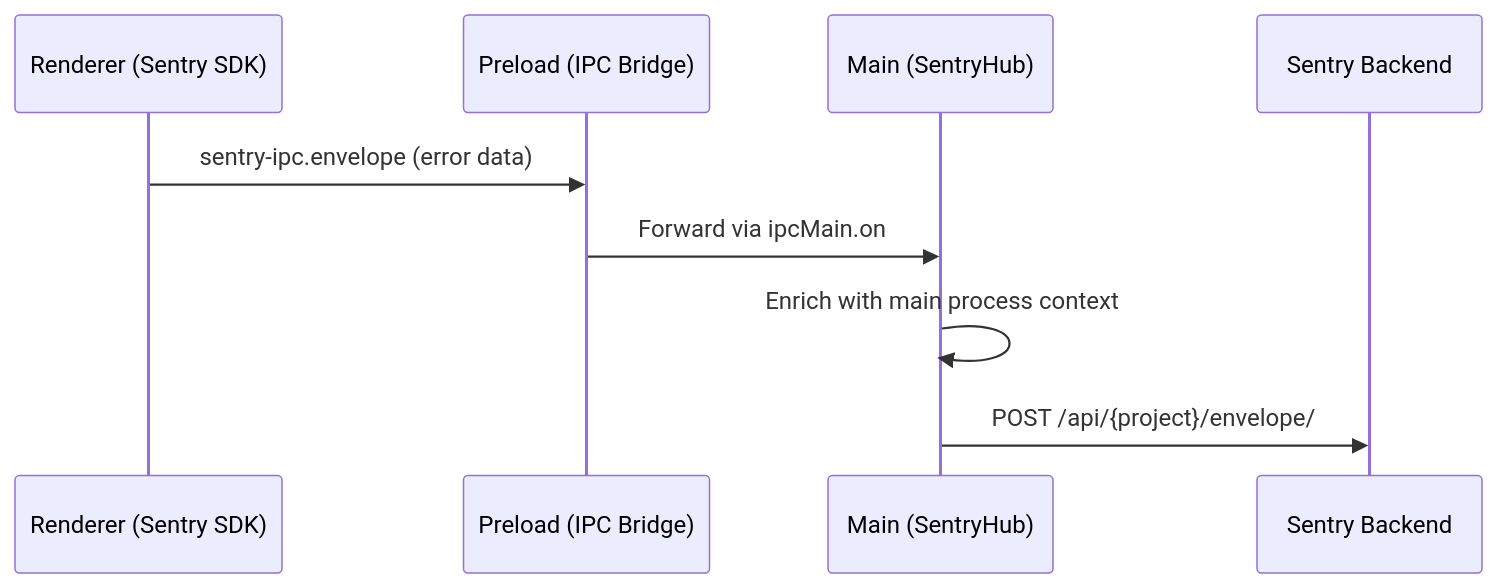
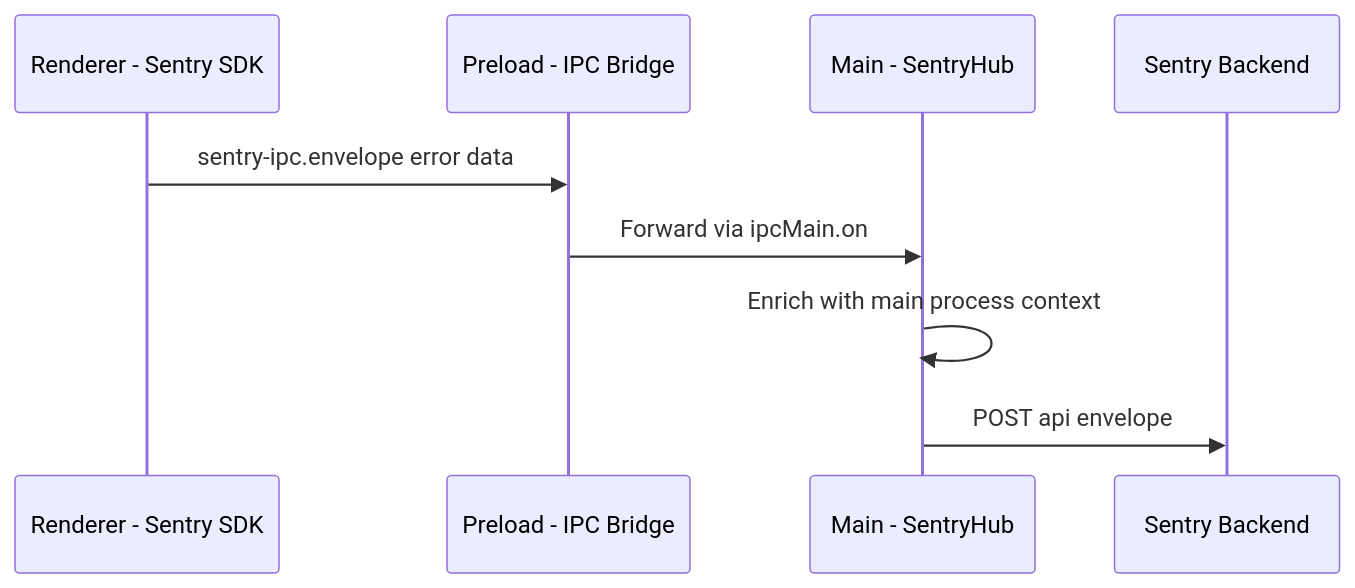
Before and after one commit to ChrisFeldmeier/codex-research: the second of 3 diagrams in 15-telemetry-observability.md, drawn with Mermaid. The commit also changed other lines of this file and 10 other files, not shown here.

Commit message:
Refactor mermaid diagrams for improved clarity and consistency in label descriptions across various documentation files

````diff
--- a/15-telemetry-observability.md
+++ b/15-telemetry-observability.md
@@ -61,12 +61,12 @@
 ```mermaid
 sequenceDiagram
-    participant R as Renderer (Sentry SDK)
-    participant P as Preload (IPC Bridge)
-    participant M as Main (SentryHub)
+    participant R as Renderer - Sentry SDK
+    participant P as Preload - IPC Bridge
+    participant M as Main - SentryHub
     participant S as Sentry Backend
 
-    R->>P: sentry-ipc.envelope (error data)
+    R->>P: sentry-ipc.envelope error data
     P->>M: Forward via ipcMain.on
     M->>M: Enrich with main process context
-    M->>S: POST /api/{project}/envelope/
+    M->>S: POST api envelope
 ```
````
